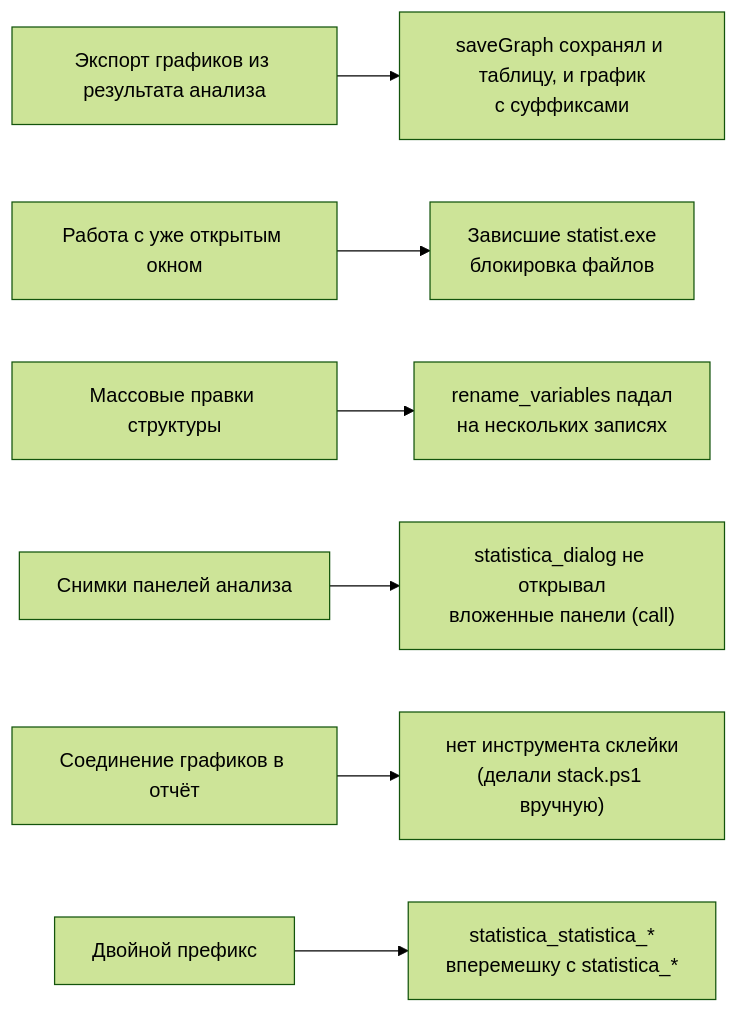
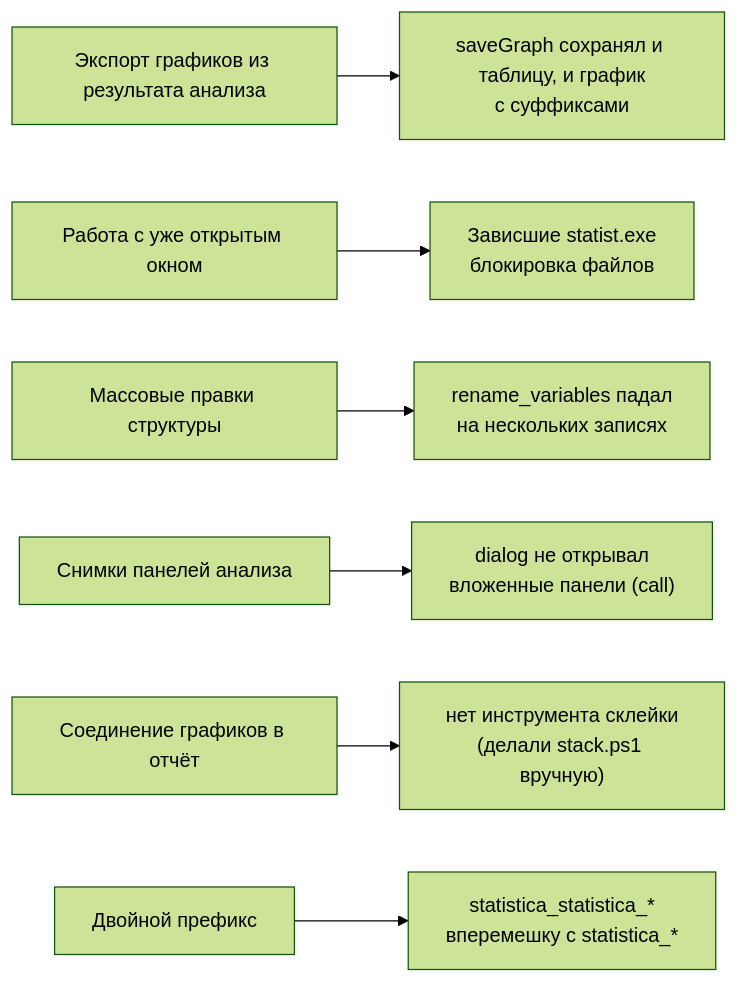
Before and after one commit to GoooooPooooo/statistica-mcp: the diagram in reports/improvement-v24.md, drawn with Mermaid (forest theme). The commit also changed other lines of this file and 10 other files, not shown here.

````diff
--- a/reports/improvement-v24.md
+++ b/reports/improvement-v24.md
@@ -15,9 +15,9 @@
 ```mermaid
 graph LR
   A["Экспорт графиков из результата анализа"] --> B["saveGraph сохранял и таблицу, и график<br/>с суффиксами"]
   C["Работа с уже открытым окном"] --> D["Зависшие statist.exe<br/>блокировка файлов"]
   E["Массовые правки структуры"] --> F["rename_variables падал<br/>на нескольких записях"]
-  G["Снимки панелей анализа"] --> H["statistica_dialog не открывал<br/>вложенные панели (call)"]
+  G["Снимки панелей анализа"] --> H["dialog не открывал<br/>вложенные панели (call)"]
   I["Соединение графиков в отчёт"] --> J["нет инструмента склейки<br/>(делали stack.ps1 вручную)"]
   K["Двойной префикс"] --> L["statistica_statistica_*<br/>вперемешку с statistica_*"]
 ```
````
